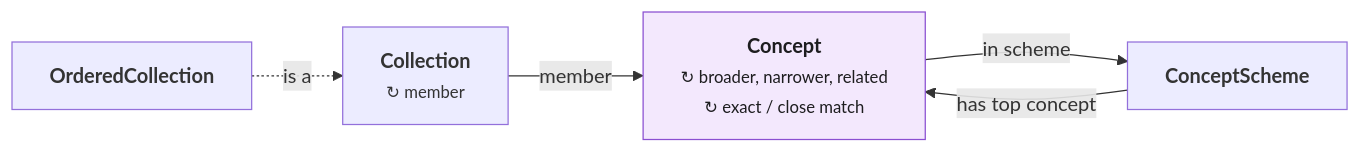
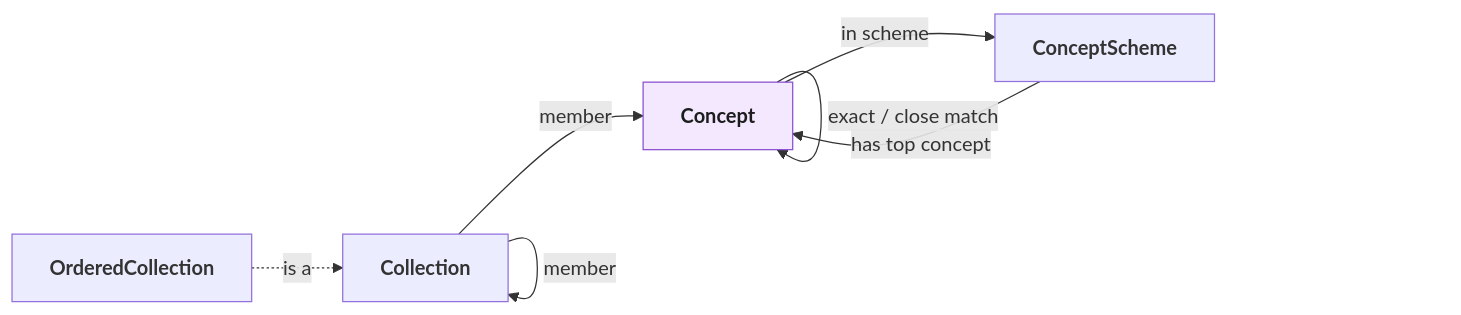
The diagram in skos/ONTOLOGY.md (ModernRelay/ontologies), drawn with Mermaid before and after one commit. The commit also changed 6 other files, not shown here.

Commit message:
Draw self-relations as loops in the diagrams

````diff
--- a/skos/ONTOLOGY.md
+++ b/skos/ONTOLOGY.md
@@ -34,12 +34,17 @@
 ```mermaid
 flowchart LR
   classDef concept fill:#f3e8fd,stroke:#8a4fd1,color:#1d1d1f
-  Concept["<b>Concept</b><br/><small>↻ broader, narrower, related</small><br/><small>↻ exact / close match</small>"]:::concept
+  Concept["<b>Concept</b>"]:::concept
   ConceptScheme["<b>ConceptScheme</b>"]
-  Collection["<b>Collection</b><br/><small>↻ member</small>"]
+  Collection["<b>Collection</b>"]
   OrderedCollection["<b>OrderedCollection</b>"]
   Concept -->|"in scheme"| ConceptScheme
   ConceptScheme -->|"has top concept"| Concept
   Collection -->|"member"| Concept
   OrderedCollection -.->|"is a"| Collection
+  Concept -->|"broader"| Concept
+  Concept -->|"narrower"| Concept
+  Concept -->|"related"| Concept
+  Concept -->|"exact / close match"| Concept
+  Collection -->|"member"| Collection
 ```
````
